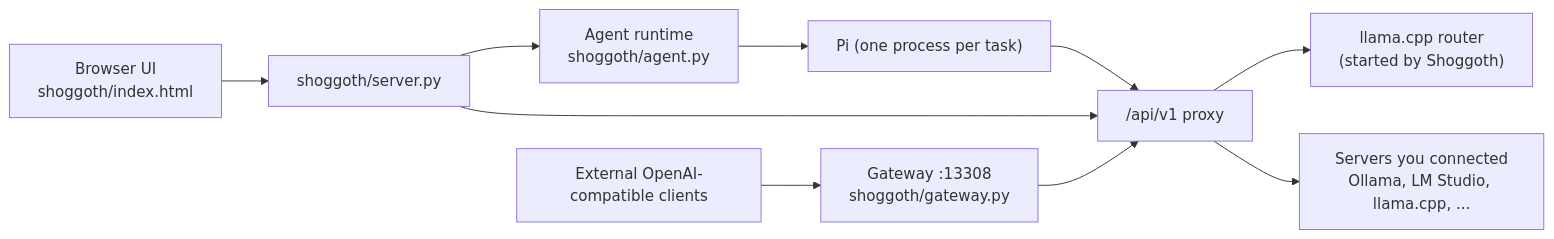
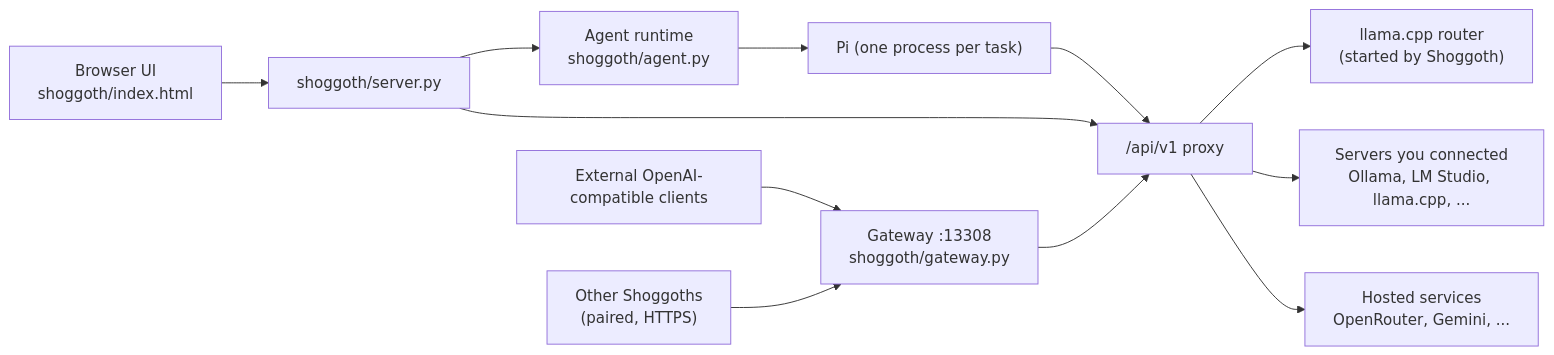
The diagram in docs/ARCHITECTURE.md (yudhanjaya/Shoggoth), drawn with Mermaid before and after one commit. The commit also changed other lines of this file and 8 other files, not shown here.

````diff
--- a/docs/ARCHITECTURE.md
+++ b/docs/ARCHITECTURE.md
@@ -7,12 +7,14 @@
 ```mermaid
 flowchart LR
     ui["Browser UI<br/>shoggoth/index.html"] --> srv["shoggoth/server.py"]
     ext["External OpenAI-compatible clients"] --> gw["Gateway :13308<br/>shoggoth/gateway.py"]
+    lan["Other Shoggoths<br/>(paired, HTTPS)"] --> gw
     srv --> agent["Agent runtime<br/>shoggoth/agent.py"]
     agent --> pi["Pi (one process per task)"]
     pi --> proxy["/api/v1 proxy"]
     srv --> proxy
     gw --> proxy
     proxy --> lcpp["llama.cpp router<br/>(started by Shoggoth)"]
     proxy --> srv2["Servers you connected<br/>Ollama, LM Studio, llama.cpp, ..."]
+    proxy --> cloud["Hosted services<br/>OpenRouter, Gemini, ..."]
 ```
````
